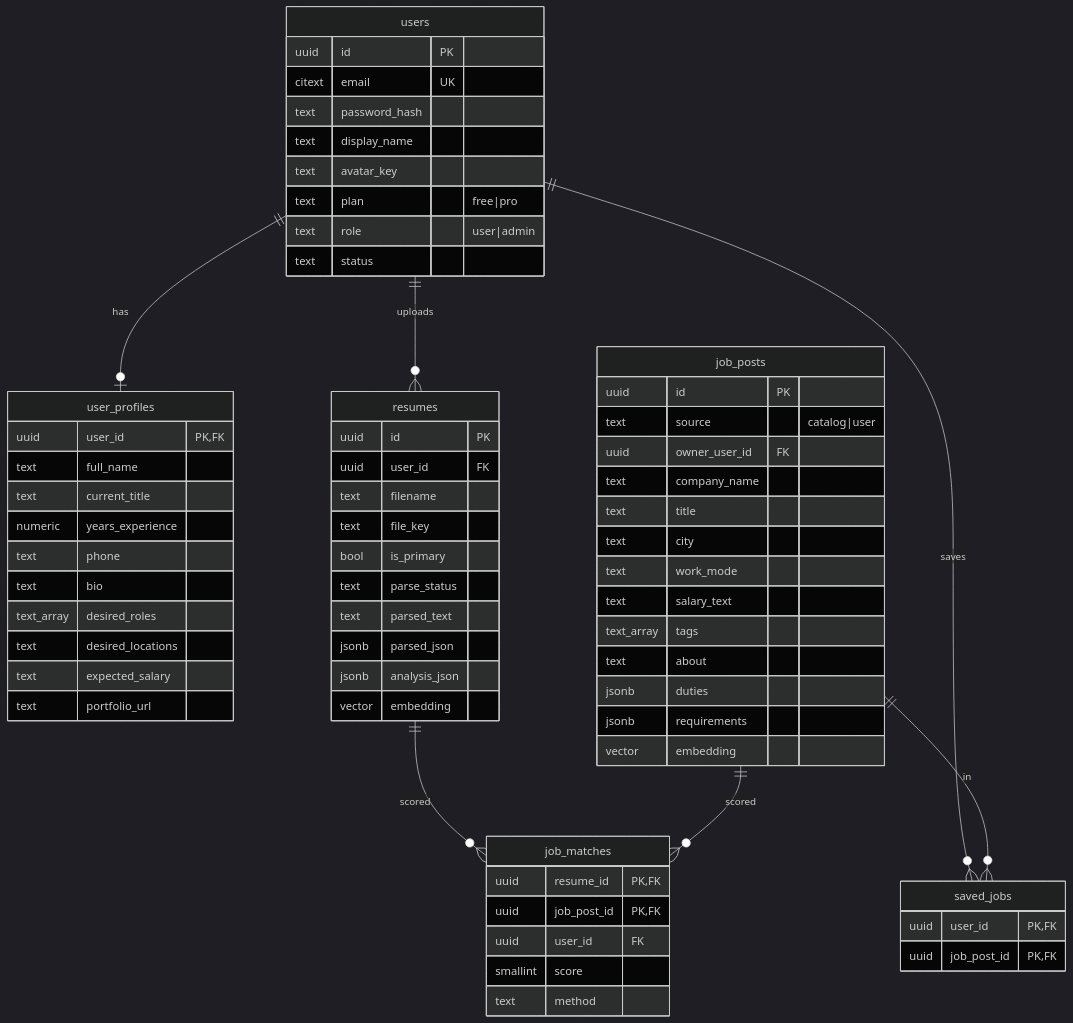
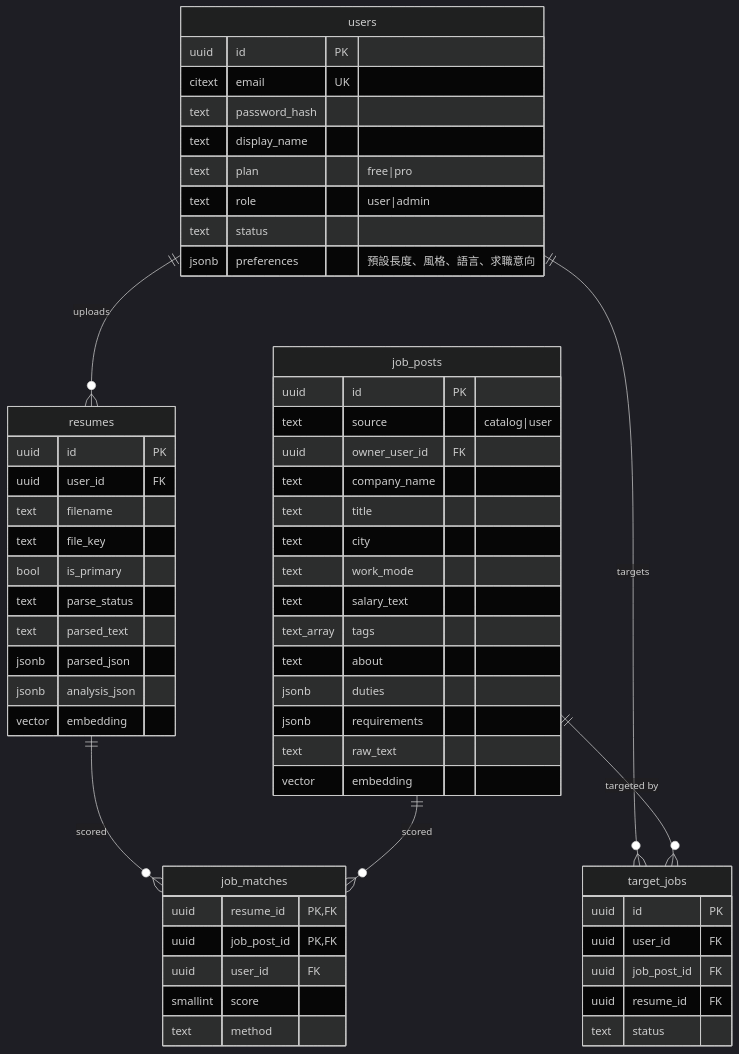
The fourth of 4 diagrams in spec/postgresql.md (WilliamTsai1227/AI_Interview), drawn with Mermaid (dark theme) before and after one commit. The commit also changed other lines of this file and 4 other files, not shown here.

````diff
--- a/spec/postgresql.md
+++ b/spec/postgresql.md
@@ -236,69 +243,60 @@
 ```mermaid
 erDiagram
     users {
         uuid id PK
         citext email UK
         text password_hash
         text display_name
-        text avatar_key
         text plan "free|pro"
         text role "user|admin"
         text status
-    }
-    user_profiles {
-        uuid user_id PK,FK
-        text full_name
-        text current_title
-        numeric years_experience
-        text phone
-        text bio
-        text_array desired_roles
-        text desired_locations
-        text expected_salary
-        text portfolio_url
+        jsonb preferences "預設長度、風格、語言、求職意向"
     }
     resumes {
         uuid id PK
         uuid user_id FK
         text filename
         text file_key
         bool is_primary
         text parse_status
         text parsed_text
         jsonb parsed_json
         jsonb analysis_json
         vector embedding
     }
     job_posts {
         uuid id PK
         text source "catalog|user"
         uuid owner_user_id FK
         text company_name
         text title
         text city
         text work_mode
         text salary_text
         text_array tags
         text about
         jsonb duties
         jsonb requirements
+        text raw_text
         vector embedding
+    }
+    target_jobs {
+        uuid id PK
+        uuid user_id FK
+        uuid job_post_id FK
+        uuid resume_id FK
+        text status
     }
     job_matches {
         uuid resume_id PK,FK
         uuid job_post_id PK,FK
         uuid user_id FK
         smallint score
         text method
     }
-    saved_jobs {
-        uuid user_id PK,FK
-        uuid job_post_id PK,FK
-    }
-    users ||--o| user_profiles : has
     users ||--o{ resumes : uploads
-    users ||--o{ saved_jobs : saves
-    job_posts ||--o{ saved_jobs : in
+    users ||--o{ target_jobs : targets
+    job_posts ||--o{ target_jobs : "targeted by"
     resumes ||--o{ job_matches : scored
     job_posts ||--o{ job_matches : scored
 ```
````
